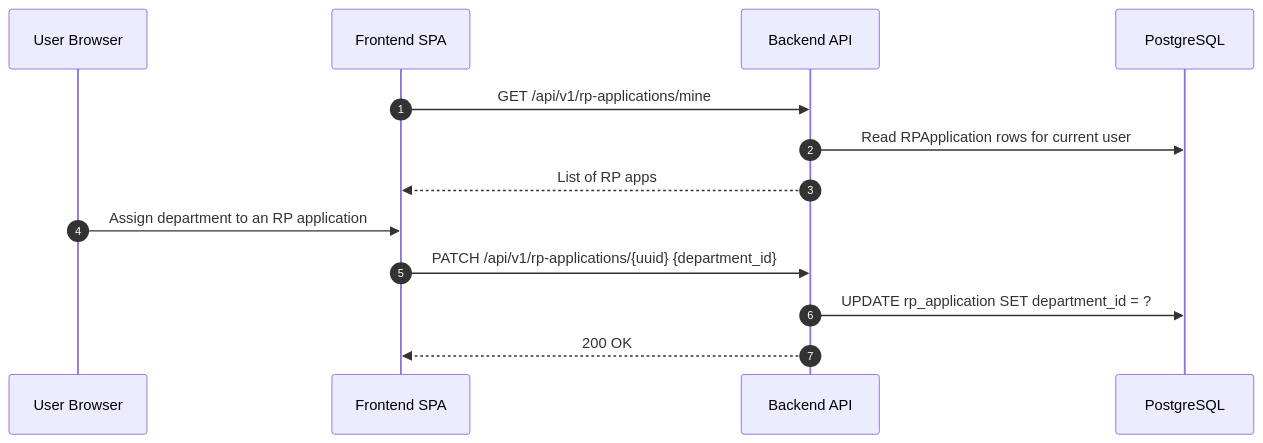
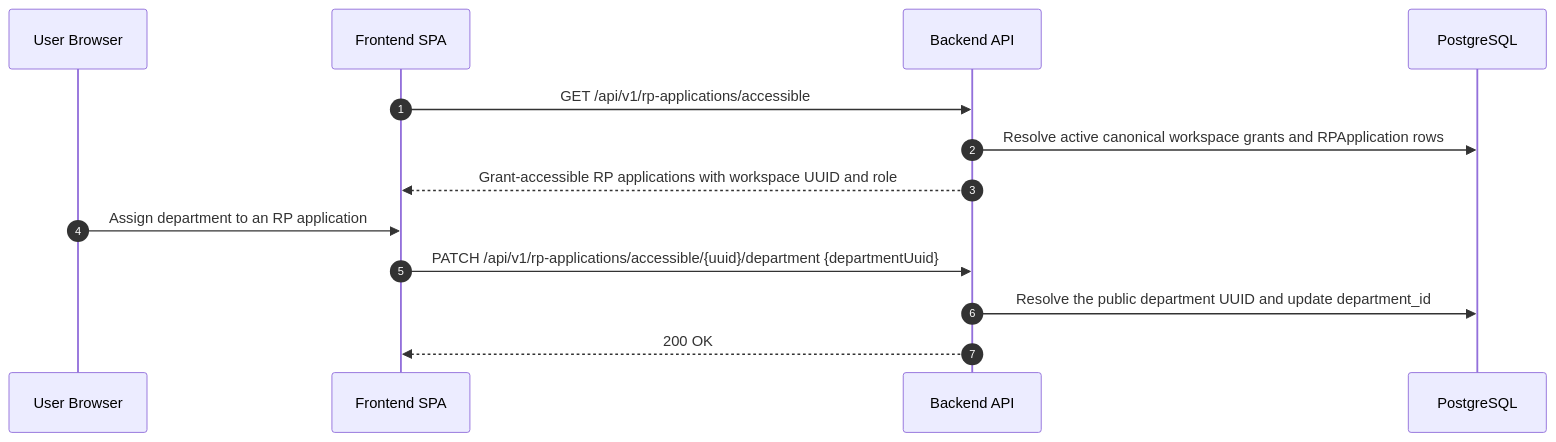
The fifth of 13 diagrams in docs/plans/partner-portal-mvp-data-flows.md (cds-snc/canadalogin-partner-portal), drawn with Mermaid before and after one commit. The commit also changed other lines of this file and 567 other files, not shown here.

````diff
--- a/docs/plans/partner-portal-mvp-data-flows.md
+++ b/docs/plans/partner-portal-mvp-data-flows.md
@@ -142,17 +145,17 @@
 ```mermaid
 sequenceDiagram
     autonumber
     participant U as User Browser
     participant FE as Frontend SPA
     participant BE as Backend API
     participant DB as PostgreSQL
 
-    FE->>BE: GET /api/v1/rp-applications/mine
-    BE->>DB: Read RPApplication rows for current user
-    BE-->>FE: List of RP apps
+    FE->>BE: GET /api/v1/rp-applications/accessible
+    BE->>DB: Resolve active canonical workspace grants and RPApplication rows
+    BE-->>FE: Grant-accessible RP applications with workspace UUID and role
 
     U->>FE: Assign department to an RP application
-    FE->>BE: PATCH /api/v1/rp-applications/{uuid} {department_id}
-    BE->>DB: UPDATE rp_application SET department_id = ?
+    FE->>BE: PATCH /api/v1/rp-applications/accessible/{uuid}/department {departmentUuid}
+    BE->>DB: Resolve the public department UUID and update department_id
     BE-->>FE: 200 OK
 ```
````
